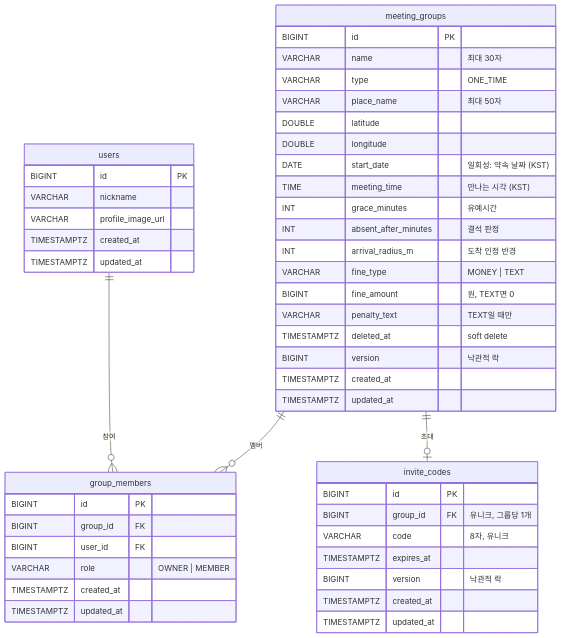
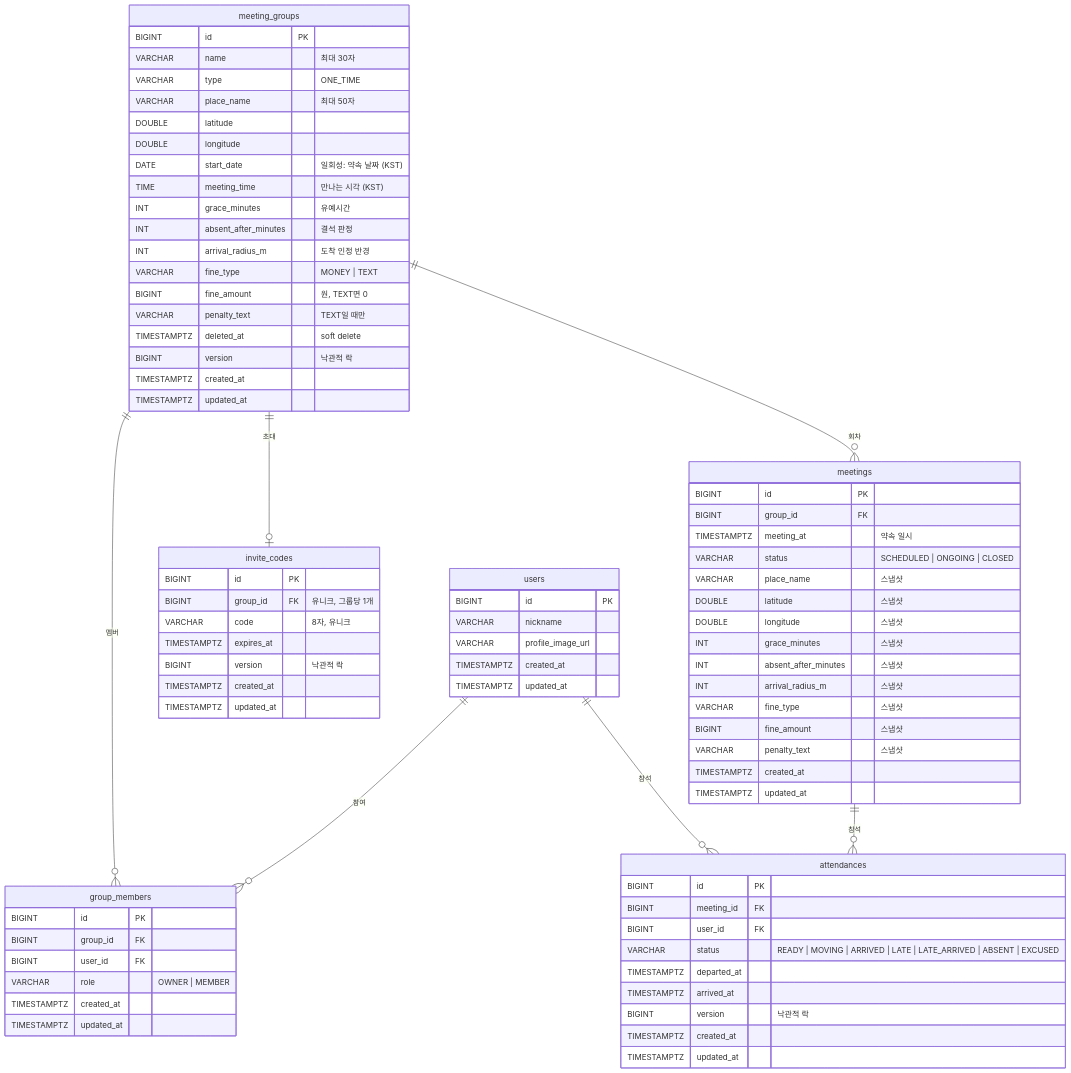
Before and after one commit to dkegldh/OnTime: the diagram in README.md, drawn with Mermaid. The commit also changed other lines of this file, not shown here.

Commit message:
docs: README에 meetings, attendances ERD와 회차 목록·상세 API 명세 추가 (#21)

````diff
--- a/README.md
+++ b/README.md
@@ -32,51 +32,82 @@
 ```mermaid
 erDiagram
     users ||--o{ group_members : "참여"
     meeting_groups ||--o{ group_members : "멤버"
     meeting_groups ||--o| invite_codes : "초대"
+    meeting_groups ||--o{ meetings : "회차"
+    meetings ||--o{ attendances : "참석"
+    users ||--o{ attendances : "참석"
 
     users {
         BIGINT id PK
         VARCHAR nickname
         VARCHAR profile_image_url
         TIMESTAMPTZ created_at
         TIMESTAMPTZ updated_at
     }
     meeting_groups {
         BIGINT id PK
         VARCHAR name "최대 30자"
         VARCHAR type "ONE_TIME"
         VARCHAR place_name "최대 50자"
         DOUBLE latitude
         DOUBLE longitude
         DATE start_date "일회성: 약속 날짜 (KST)"
         TIME meeting_time "만나는 시각 (KST)"
         INT grace_minutes "유예시간"
         INT absent_after_minutes "결석 판정"
         INT arrival_radius_m "도착 인정 반경"
         VARCHAR fine_type "MONEY | TEXT"
         BIGINT fine_amount "원, TEXT면 0"
         VARCHAR penalty_text "TEXT일 때만"
         TIMESTAMPTZ deleted_at "soft delete"
         BIGINT version "낙관적 락"
         TIMESTAMPTZ created_at
         TIMESTAMPTZ updated_at
     }
     group_members {
         BIGINT id PK
         BIGINT group_id FK
         BIGINT user_id FK
         VARCHAR role "OWNER | MEMBER"
         TIMESTAMPTZ created_at
         TIMESTAMPTZ updated_at
     }
     invite_codes {
         BIGINT id PK
         BIGINT group_id FK "유니크, 그룹당 1개"
         VARCHAR code "8자, 유니크"
         TIMESTAMPTZ expires_at
         BIGINT version "낙관적 락"
         TIMESTAMPTZ created_at
         TIMESTAMPTZ updated_at
     }
+    meetings {
+        BIGINT id PK
+        BIGINT group_id FK
+        TIMESTAMPTZ meeting_at "약속 일시"
+        VARCHAR status "SCHEDULED | ONGOING | CLOSED"
+        VARCHAR place_name "스냅샷"
+        DOUBLE latitude "스냅샷"
+        DOUBLE longitude "스냅샷"
+        INT grace_minutes "스냅샷"
+        INT absent_after_minutes "스냅샷"
+        INT arrival_radius_m "스냅샷"
+        VARCHAR fine_type "스냅샷"
+        BIGINT fine_amount "스냅샷"
+        VARCHAR penalty_text "스냅샷"
+        TIMESTAMPTZ created_at
+        TIMESTAMPTZ updated_at
+    }
+    attendances {
+        BIGINT id PK
+        BIGINT meeting_id FK
+        BIGINT user_id FK
+        VARCHAR status "READY | MOVING | ARRIVED | LATE | LATE_ARRIVED | ABSENT | EXCUSED"
+        TIMESTAMPTZ departed_at
+        TIMESTAMPTZ arrived_at
+        BIGINT version "낙관적 락"
+        TIMESTAMPTZ created_at
+        TIMESTAMPTZ updated_at
+    }
 ```
````
